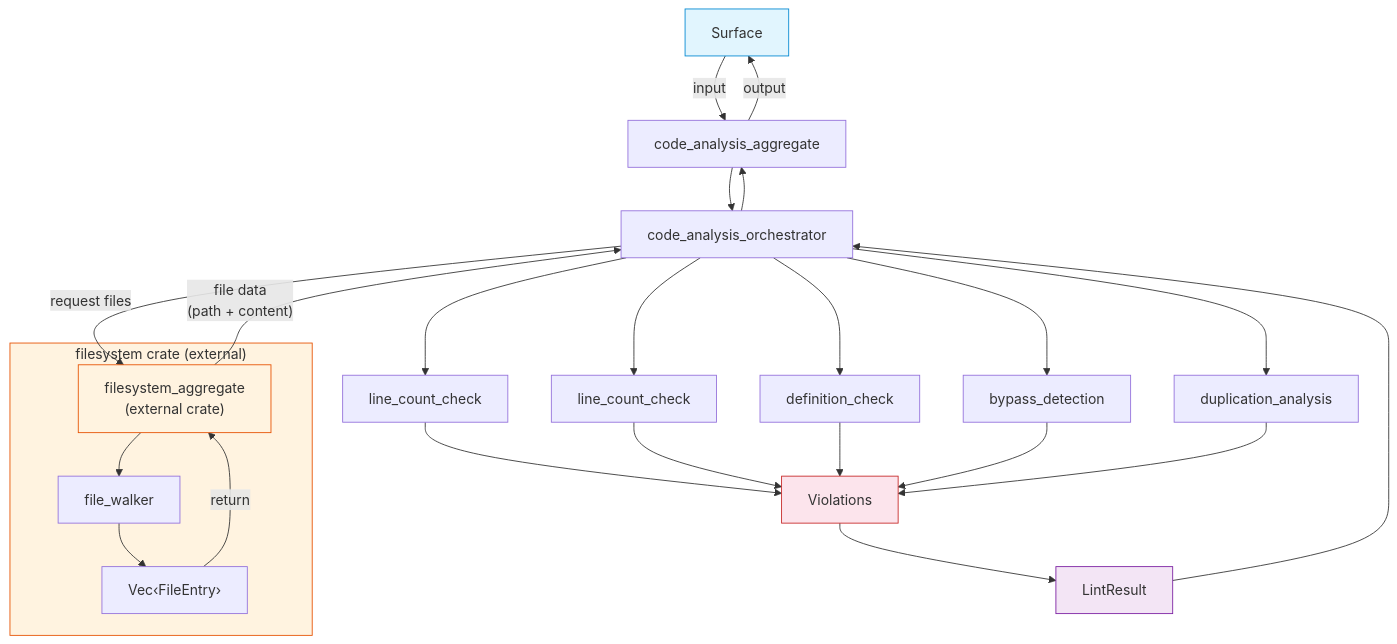
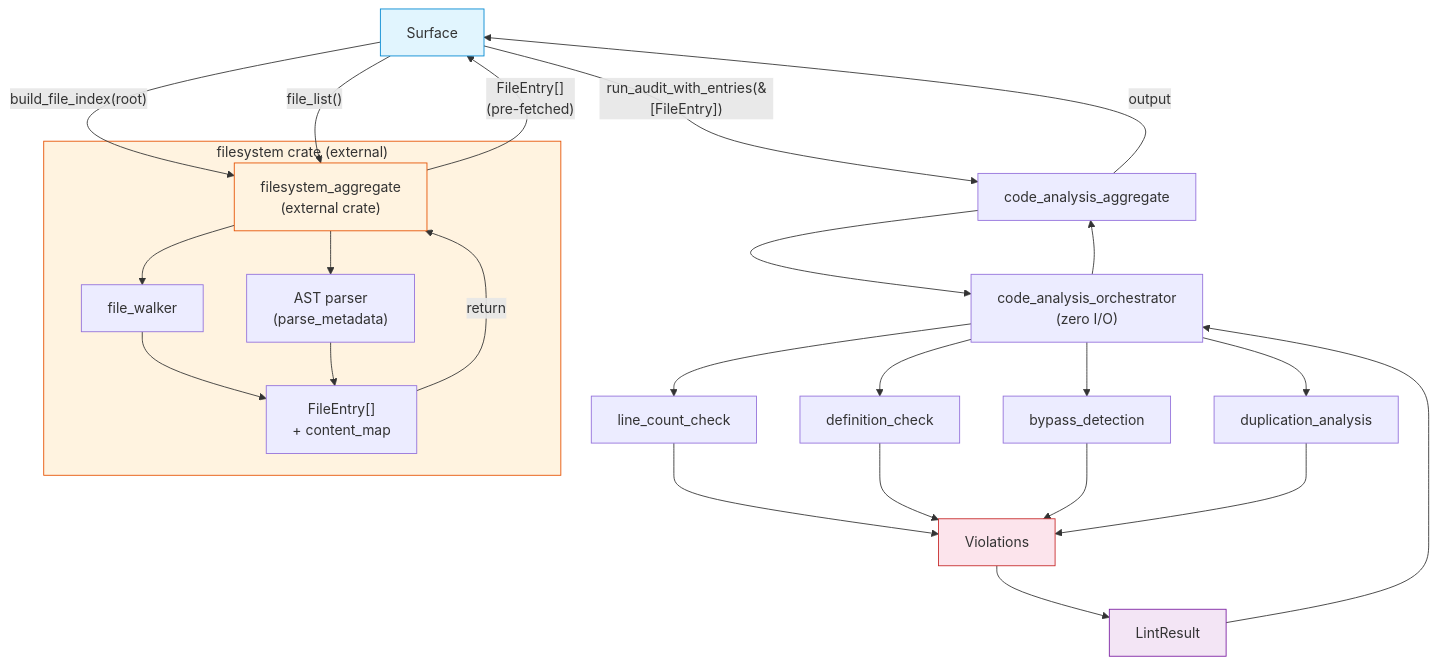
The diagram in crates/quality-rules/FRD.md (rakaarwaky/lint-arwaky), drawn with Mermaid before and after one commit. The commit also changed other lines of this file and 8 other files, not shown here.

Commit message:
refactor: delegate file discovery, AST parsing, and graph construction to the filesystem crate to eliminate I/O in analysis crates.

````diff
--- a/crates/quality-rules/FRD.md
+++ b/crates/quality-rules/FRD.md
@@ -13,37 +13,38 @@
 ```mermaid
 flowchart TD
-    A["Surface"] -->|input| B["code_analysis_aggregate"]
-    B --> C["code_analysis_orchestrator"]
-
-    C -->|"request files"| D["filesystem_aggregate\n(external crate)"]
+    A["Surface"] -->|"build_file_index(root)"| D["filesystem_aggregate\n(external crate)"]
+    A -->|"file_list()"| D
 
     subgraph FS ["filesystem crate (external)"]
         D --> E1["file_walker"]
-        E1 --> G1["Vec‹FileEntry›"]
+        D --> E2["AST parser\n(parse_metadata)"]
+        E1 --> G1["FileEntry[]\n+ content_map"]
+        E2 --> G1
     end
 
     G1 -->|"return"| D
-    D -->|"file data\n(path + content)"| C
+    D -->|"FileEntry[]\n(pre-fetched)"| A
+
+    A -->|"run_audit_with_entries(&[FileEntry])"| B["code_analysis_aggregate"]
+    B --> C["code_analysis_orchestrator\n(zero I/O)"]
 
     C --> H1["line_count_check"]
-    C --> H2["line_count_check"]
-    C --> H3["definition_check"]
-    C --> H4["bypass_detection"]
-    C --> H5["duplication_analysis"]
+    C --> H2["definition_check"]
+    C --> H3["bypass_detection"]
+    C --> H4["duplication_analysis"]
 
     H1 --> I["Violations"]
     H2 --> I
     H3 --> I
     H4 --> I
-    H5 --> I
     I --> J["LintResult"]
     J --> C
     C --> B
     B -->|output| A
 
     style A fill:#e1f5fe,stroke:#0288d1
     style FS fill:#fff3e0,stroke:#e65100
     style D fill:#fff3e0,stroke:#e65100
     style I fill:#fce4ec,stroke:#c62828
     style J fill:#f3e5f5,stroke:#7b1fa2
 ```
````
